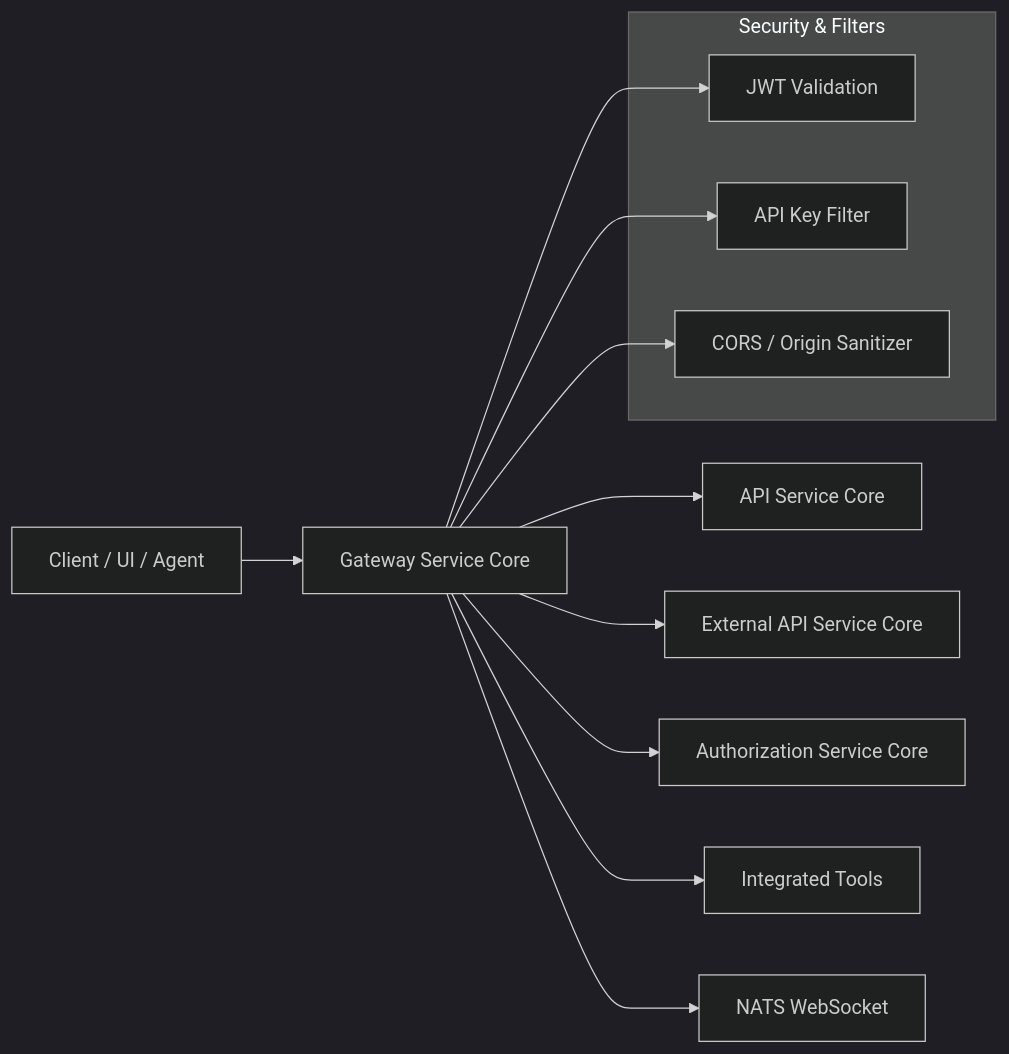
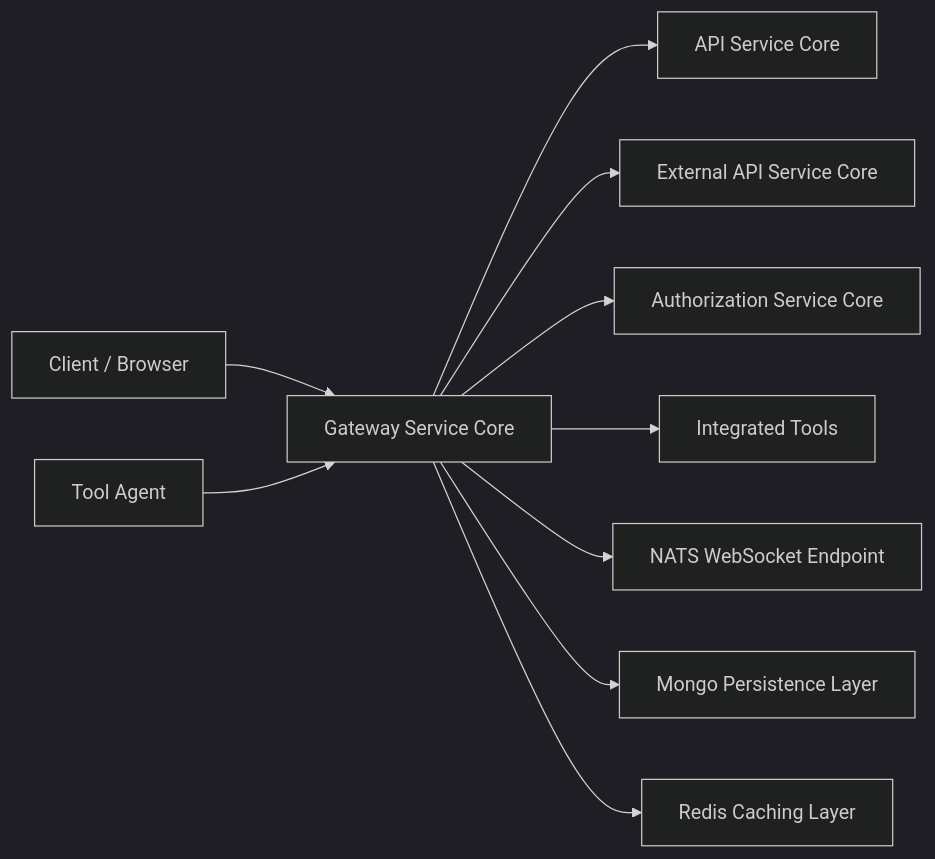
One commit to flamingo-stack/openframe-oss-lib changed the first of 6 diagrams in docs/reference/architecture/gateway-service-core/gateway-service-core.md. Above: the diagram before and after it, drawn with Mermaid (dark theme). The commit also changed other lines of this file and 212 other files, not shown here.

````diff
--- a/docs/reference/architecture/gateway-service-core/gateway-service-core.md
+++ b/docs/reference/architecture/gateway-service-core/gateway-service-core.md
@@ -20,19 +29,14 @@
 ```mermaid
 flowchart LR
-    Client["Client / UI / Agent"] --> Gateway["Gateway Service Core"]
+    Client["Client / Browser"] --> Gateway["Gateway Service Core"]
+    Agent["Tool Agent"] --> Gateway
+
     Gateway --> ApiService["API Service Core"]
     Gateway --> ExternalApi["External API Service Core"]
     Gateway --> AuthService["Authorization Service Core"]
     Gateway --> Tools["Integrated Tools"]
-    Gateway --> Nats["NATS WebSocket"]
+    Gateway --> Nats["NATS WebSocket Endpoint"]
 
-    subgraph security_layer["Security & Filters"]
-        Jwt["JWT Validation"]
-        ApiKey["API Key Filter"]
-        Cors["CORS / Origin Sanitizer"]
-    end
-
-    Gateway --> Jwt
-    Gateway --> ApiKey
-    Gateway --> Cors
+    Gateway --> Mongo["Mongo Persistence Layer"]
+    Gateway --> Redis["Redis Caching Layer"]
 ```
````
